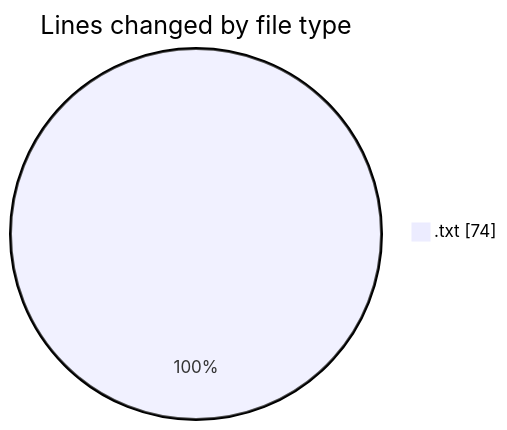
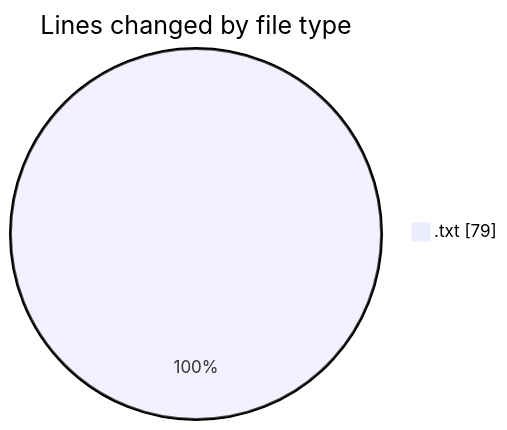
One commit to Ritupan-Deka/code-tracking changed the first of 2 diagrams in 2025-06-22/txtfiles/README.md. Above: the diagram before and after it, drawn with Mermaid. The commit also changed other lines of this file and 1 other file, not shown here.

````diff
--- a/2025-06-22/txtfiles/README.md
+++ b/2025-06-22/txtfiles/README.md
@@ -20,5 +20,5 @@
 ```mermaid
 pie showData
 title Lines changed by file type
-".txt" : 74
+".txt" : 79
 ```
````
